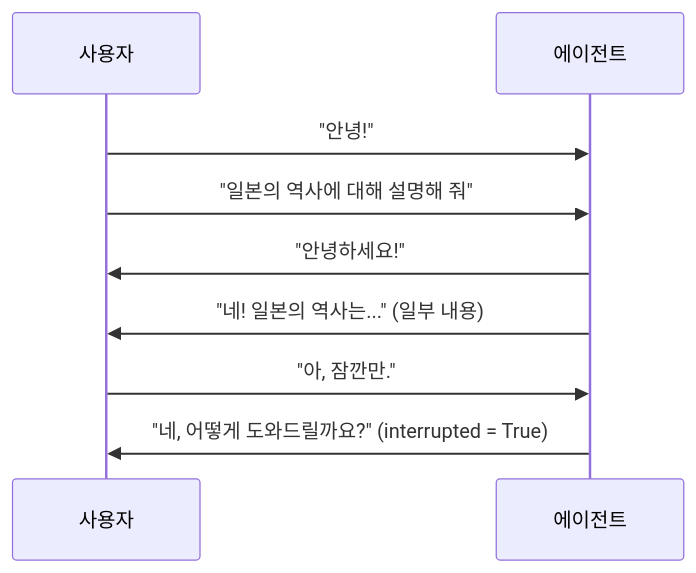
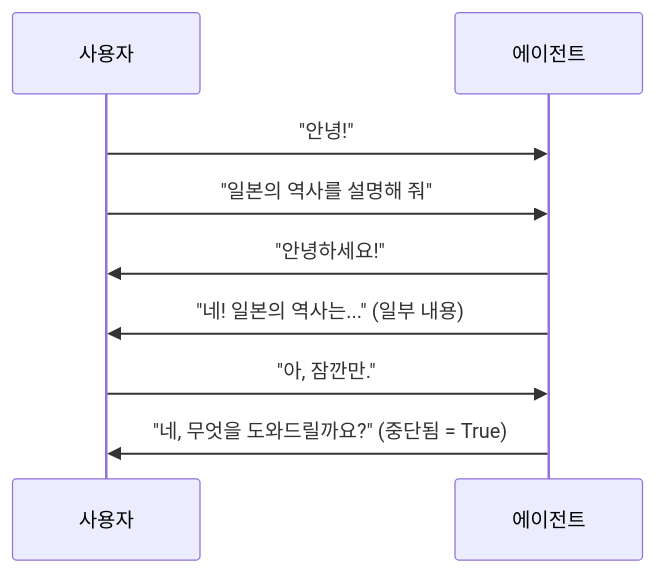
The first of 2 diagrams in docs/ko/streaming/dev-guide/part1.md (adk-labs/adk-docs), drawn with Mermaid before and after one commit. The commit also changed other lines of this file and 37 other files, not shown here.

````diff
--- a/docs/ko/streaming/dev-guide/part1.md
+++ b/docs/ko/streaming/dev-guide/part1.md
@@ -23,13 +27,13 @@
 ```mermaid
 sequenceDiagram
     participant Client as 사용자
     participant Agent as 에이전트
 
     Client->>Agent: "안녕!"
-    Client->>Agent: "일본의 역사에 대해 설명해 줘"
+    Client->>Agent: "일본의 역사를 설명해 줘"
     Agent->>Client: "안녕하세요!"
     Agent->>Client: "네! 일본의 역사는..." (일부 내용)
     Client->>Agent: "아, 잠깐만."
 
-    Agent->>Client: "네, 어떻게 도와드릴까요?" (interrupted = True)
+    Agent->>Client: "네, 무엇을 도와드릴까요?" (중단됨 = True)
 ```
````
